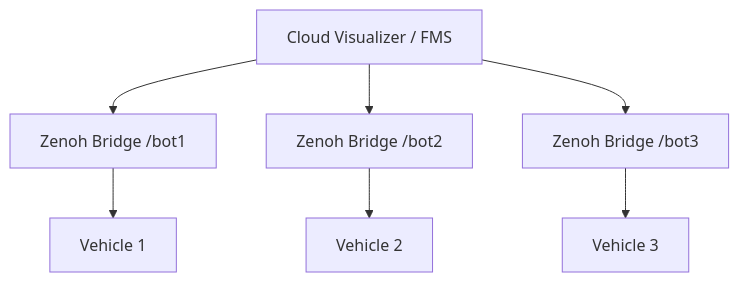
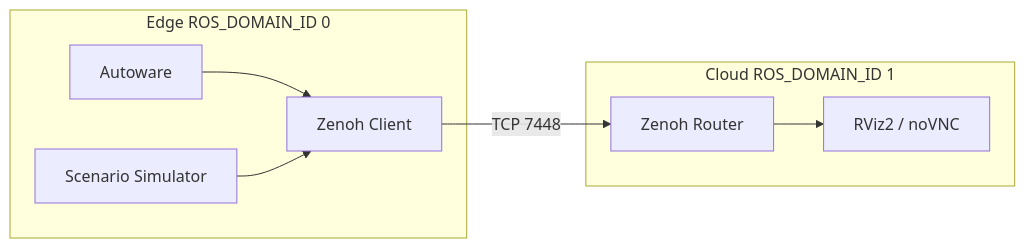
Before and after one commit to autowarefoundation/openadkit: the diagram in docs/deployment/zenoh-bridge/index.md, drawn with Mermaid. The commit also changed other lines of this file and 15 other files, not shown here.

````diff
--- a/docs/deployment/zenoh-bridge/index.md
+++ b/docs/deployment/zenoh-bridge/index.md
@@ -104,10 +9,11 @@
 ```mermaid
-flowchart TD
-    Cloud[Cloud Visualizer / FMS] --> Bridge1[Zenoh Bridge /bot1]
-    Cloud --> Bridge2[Zenoh Bridge /bot2]
-    Cloud --> Bridge3[Zenoh Bridge /bot3]
-
-    Bridge1 --> V1[Vehicle 1]
-    Bridge2 --> V2[Vehicle 2]
-    Bridge3 --> V3[Vehicle 3]
+flowchart LR
+    subgraph Edge[Edge ROS_DOMAIN_ID 0]
+        A[Autoware] --> EB[Zenoh Client]
+        S[Scenario Simulator] --> EB
+    end
+    subgraph Cloud[Cloud ROS_DOMAIN_ID 1]
+        CB[Zenoh Router] --> V[RViz2 / noVNC]
+    end
+    EB -->|TCP 7448| CB
 ```
````
